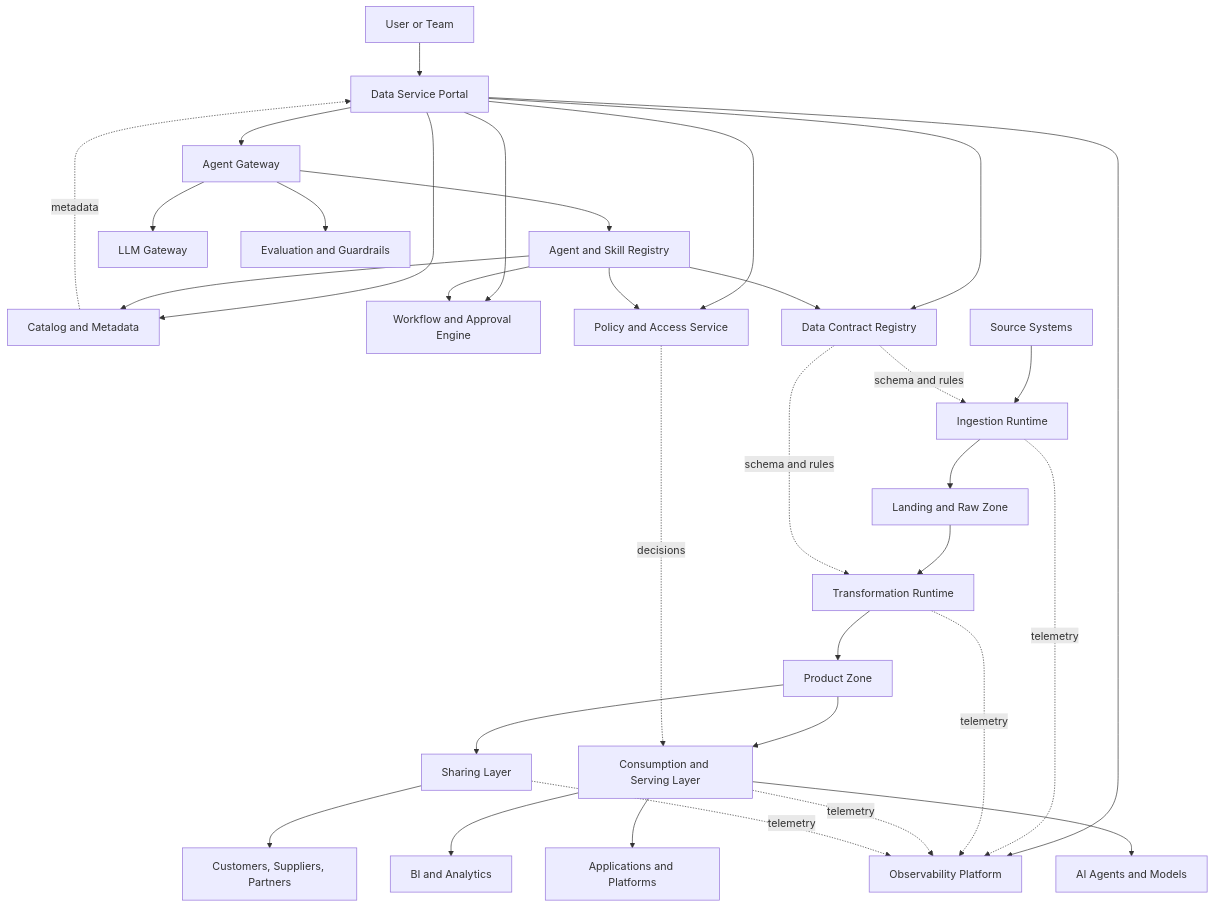
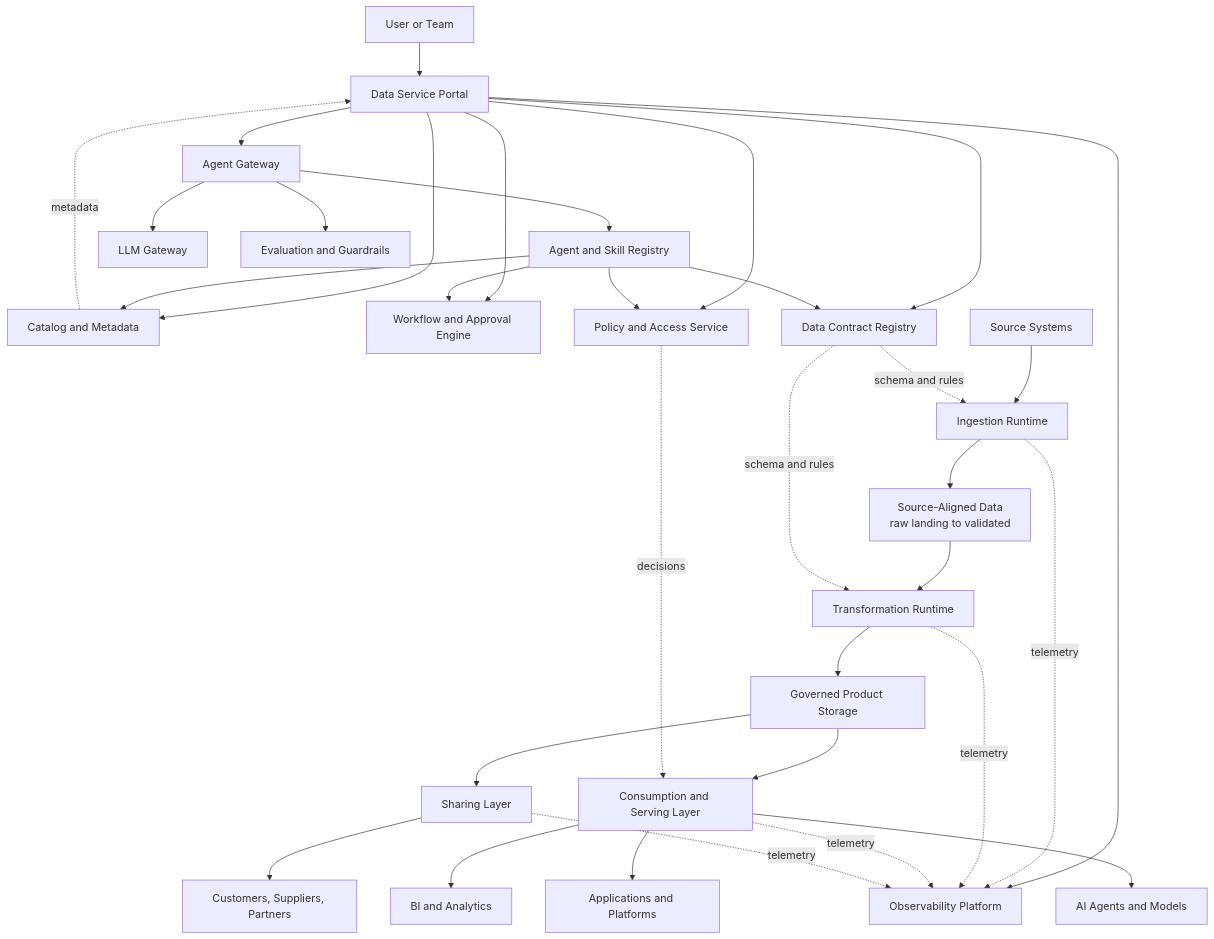
One commit to cong78/data-foundation-architecture changed the diagram in docs/implementation/implementation-blueprint.md. Above: the diagram before and after it, drawn with Mermaid. The commit also changed other lines of this file and 19 other files, not shown here.

````diff
--- a/docs/implementation/implementation-blueprint.md
+++ b/docs/implementation/implementation-blueprint.md
@@ -7,40 +7,40 @@
 ```mermaid
 flowchart TB
     User[User or Team] --> Portal[Data Service Portal]
 
     Portal --> Catalog[Catalog and Metadata]
     Portal --> Workflow[Workflow and Approval Engine]
     Portal --> Contract[Data Contract Registry]
     Portal --> Policy[Policy and Access Service]
     Portal --> Obs[Observability Platform]
     Portal --> Agent[Agent Gateway]
     Agent --> Skill[Agent and Skill Registry]
     Agent --> LLM[LLM Gateway]
     Agent --> Eval[Evaluation and Guardrails]
     Skill --> Catalog
     Skill --> Workflow
     Skill --> Contract
     Skill --> Policy
 
     Source[Source Systems] --> Ingest[Ingestion Runtime]
-    Ingest --> Landing[Landing and Raw Zone]
-    Landing --> Transform[Transformation Runtime]
-    Transform --> Product[Product Zone]
+    Ingest --> SourceAligned[Source-Aligned Data\nraw landing to validated]
+    SourceAligned --> Transform[Transformation Runtime]
+    Transform --> Product[Governed Product Storage]
 
     Product --> Serving[Consumption and Serving Layer]
     Product --> Share[Sharing Layer]
 
     Serving --> BI[BI and Analytics]
     Serving --> Apps[Applications and Platforms]
     Serving --> AI[AI Agents and Models]
     Share --> External[Customers, Suppliers, Partners]
 
     Ingest -. telemetry .-> Obs
     Transform -. telemetry .-> Obs
     Serving -. telemetry .-> Obs
     Share -. telemetry .-> Obs
     Contract -. schema and rules .-> Ingest
     Contract -. schema and rules .-> Transform
     Policy -. decisions .-> Serving
     Catalog -. metadata .-> Portal
 ```
````
